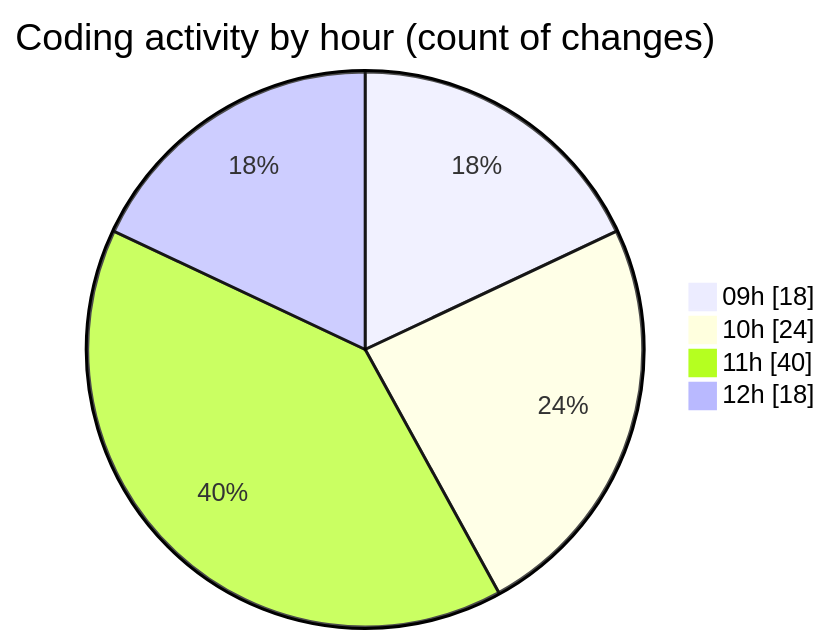
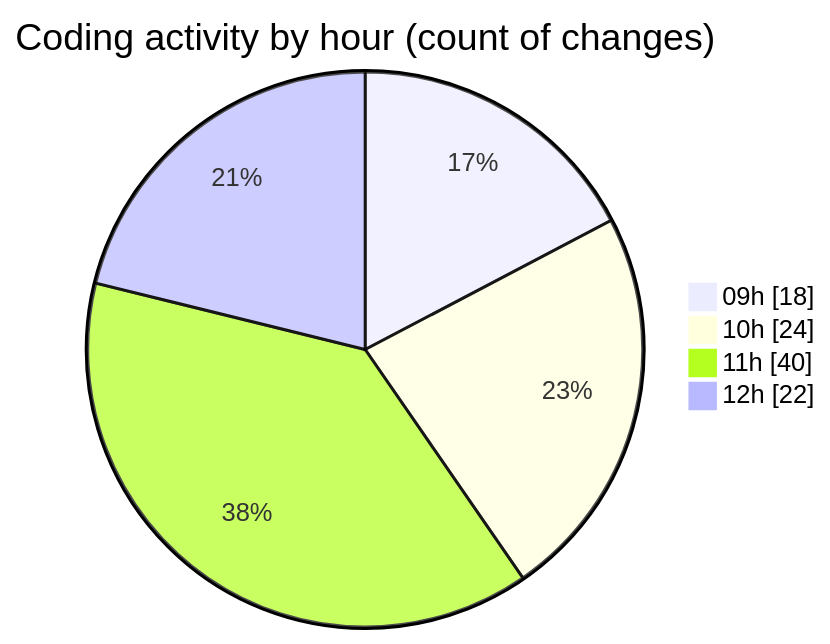
The second of 2 diagrams in 2025-09-16/cda/README.md (momahboobian/code-tracking), drawn with Mermaid before and after one commit. The commit also changed other lines of this file and 1 other file, not shown here.

````diff
--- a/2025-09-16/cda/README.md
+++ b/2025-09-16/cda/README.md
@@ -35,8 +35,8 @@
 ```mermaid
 pie showData
 title Coding activity by hour (count of changes)
 "09h" : 18
 "10h" : 24
 "11h" : 40
-"12h" : 18
+"12h" : 22
 ```
````
